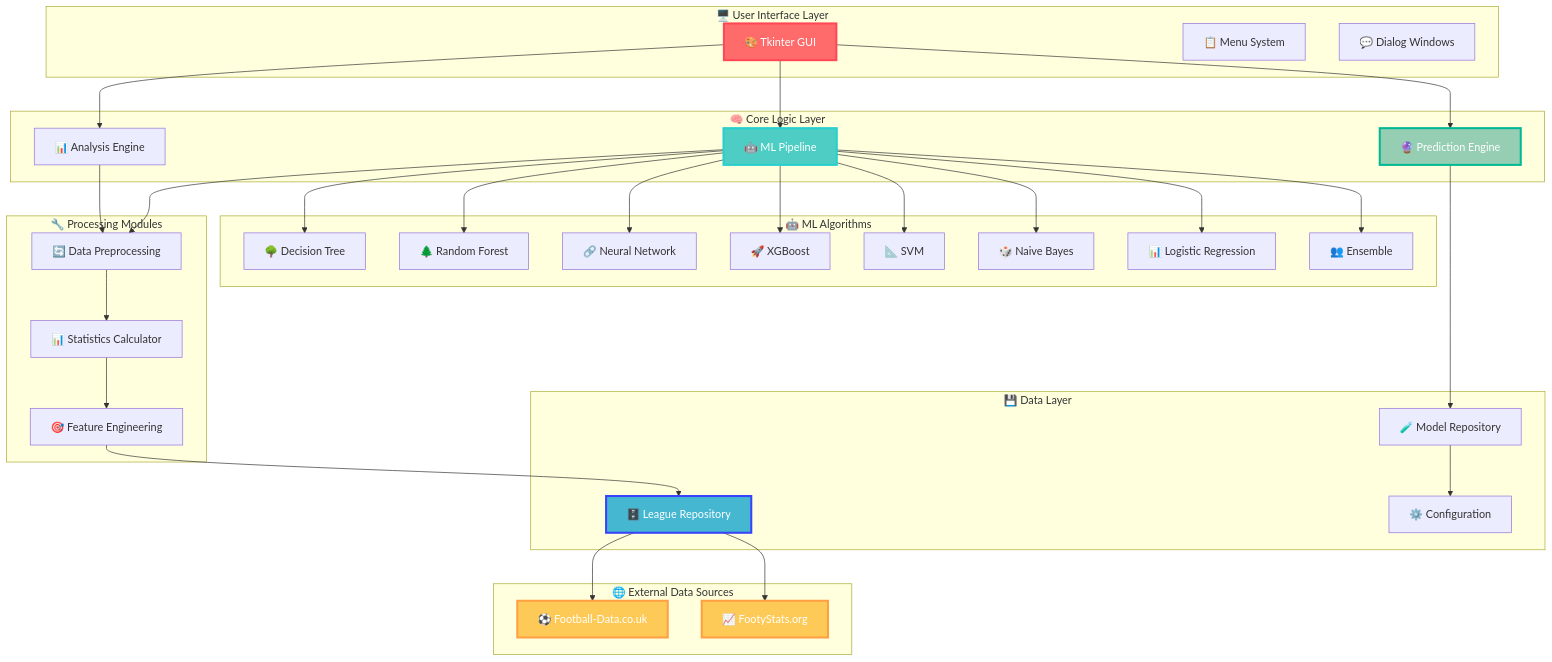
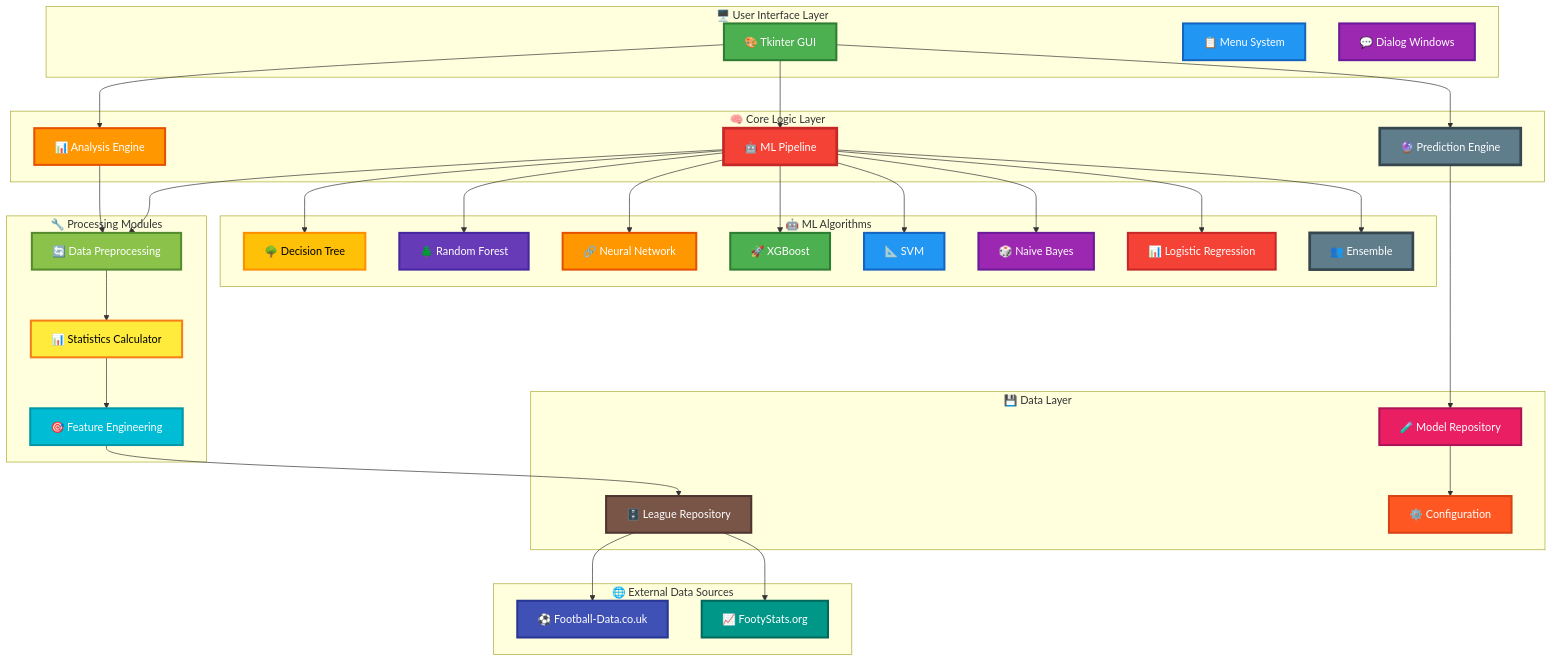
Before and after one commit to gregorizeidler/footyforecast-soccer-bets-predictor: the second of 4 diagrams in README.md, drawn with Mermaid. The commit also changed other lines of this file, not shown here.

First line of the commit message:
🎨 Fix Mermaid flowcharts with high-contrast colors

````diff
--- a/README.md
+++ b/README.md
@@ -234,10 +242,26 @@
     FEATURES --> DB
     MODEL --> CONFIG
     
-    style GUI fill:#FF6B6B,stroke:#FF4757,stroke-width:3px,color:#fff
-    style ML fill:#4ECDC4,stroke:#26D0CE,stroke-width:3px,color:#fff
-    style PREDICT fill:#96CEB4,stroke:#00B894,stroke-width:3px,color:#fff
-    style DB fill:#45B7D1,stroke:#3742FA,stroke-width:3px,color:#fff
-    style FOOTBALL fill:#FECA57,stroke:#FF9F43,stroke-width:3px,color:#fff
-    style FOOTY fill:#FECA57,stroke:#FF9F43,stroke-width:3px,color:#fff
+    style GUI fill:#4CAF50,stroke:#2E7D32,stroke-width:3px,color:#FFFFFF
+    style MENU fill:#2196F3,stroke:#1565C0,stroke-width:3px,color:#FFFFFF
+    style DIALOG fill:#9C27B0,stroke:#6A1B9A,stroke-width:3px,color:#FFFFFF
+    style ANALYSIS fill:#FF9800,stroke:#E65100,stroke-width:3px,color:#FFFFFF
+    style ML fill:#F44336,stroke:#C62828,stroke-width:4px,color:#FFFFFF
+    style PREDICT fill:#607D8B,stroke:#37474F,stroke-width:4px,color:#FFFFFF
+    style DB fill:#795548,stroke:#4E342E,stroke-width:3px,color:#FFFFFF
+    style MODEL fill:#E91E63,stroke:#AD1457,stroke-width:3px,color:#FFFFFF
+    style CONFIG fill:#FF5722,stroke:#D84315,stroke-width:3px,color:#FFFFFF
+    style FOOTBALL fill:#3F51B5,stroke:#283593,stroke-width:3px,color:#FFFFFF
+    style FOOTY fill:#009688,stroke:#00695C,stroke-width:3px,color:#FFFFFF
+    style PREPROCESS fill:#8BC34A,stroke:#558B2F,stroke-width:3px,color:#FFFFFF
+    style STATS fill:#FFEB3B,stroke:#F57F17,stroke-width:3px,color:#000000
+    style FEATURES fill:#00BCD4,stroke:#0097A7,stroke-width:3px,color:#FFFFFF
+    style DT fill:#FFC107,stroke:#FF8F00,stroke-width:3px,color:#000000
+    style RF fill:#673AB7,stroke:#4527A0,stroke-width:3px,color:#FFFFFF
+    style NN fill:#FF9800,stroke:#E65100,stroke-width:3px,color:#FFFFFF
+    style XGB fill:#4CAF50,stroke:#2E7D32,stroke-width:3px,color:#FFFFFF
+    style SVM fill:#2196F3,stroke:#1565C0,stroke-width:3px,color:#FFFFFF
+    style NB fill:#9C27B0,stroke:#6A1B9A,stroke-width:3px,color:#FFFFFF
+    style LR fill:#F44336,stroke:#C62828,stroke-width:3px,color:#FFFFFF
+    style ENS fill:#607D8B,stroke:#37474F,stroke-width:4px,color:#FFFFFF
 ```
````
